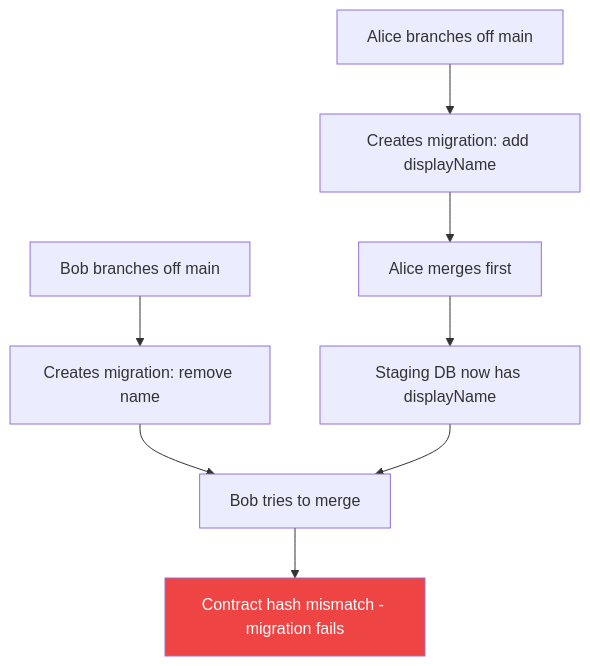
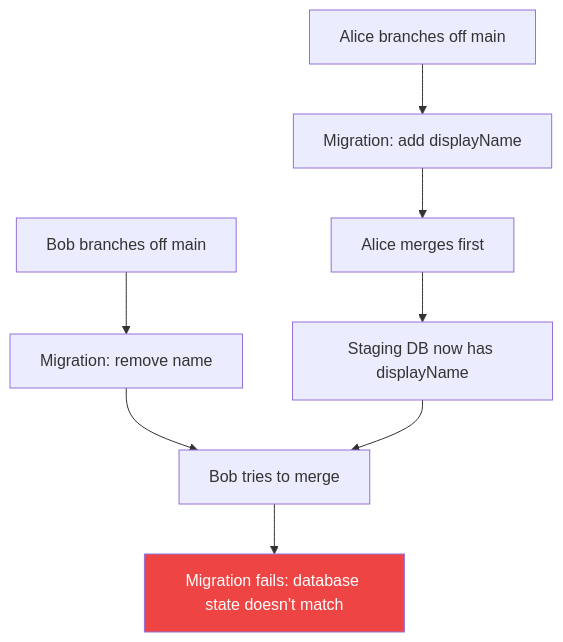
One commit to fawaz093n-netizen/web changed the first of 3 diagrams in apps/blog/content/blog/ship-risky-schema-changes-without-a-shared-staging-database/index.mdx. Above: the diagram before and after it, drawn with Mermaid. The commit also changed other lines of this file and 3 other files, not shown here.

````diff
--- a/apps/blog/content/blog/ship-risky-schema-changes-without-a-shared-staging-database/index.mdx
+++ b/apps/blog/content/blog/ship-risky-schema-changes-without-a-shared-staging-database/index.mdx
@@ -41,11 +54,11 @@
 ```mermaid
 flowchart TD
-    A[Alice branches off main] --> A1[Creates migration: add displayName]
-    B[Bob branches off main] --> B1[Creates migration: remove name]
+    A[Alice branches off main] --> A1[Migration: add displayName]
+    B[Bob branches off main] --> B1[Migration: remove name]
     A1 --> C[Alice merges first]
     C --> D[Staging DB now has displayName]
     B1 --> E[Bob tries to merge]
     D --> E
-    E --> F[Contract hash mismatch - migration fails]
+    E --> F[Migration fails: database state doesn't match]
     style F fill:#ef4444,color:#fff
 ```
````
